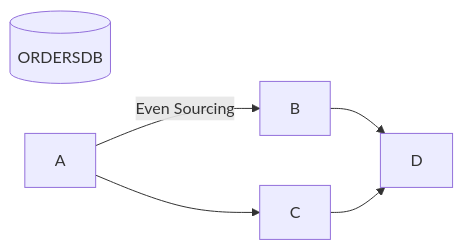
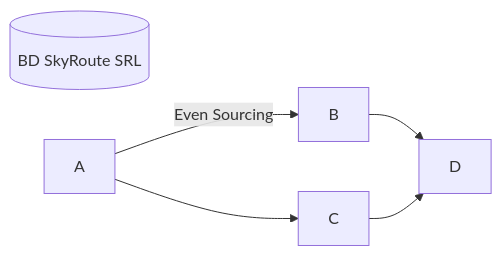
The diagram in README.MD (Juan-jcm-7/BD), drawn with Mermaid before and after one commit.

````diff
--- a/README.MD
+++ b/README.MD
@@ -1,8 +1,8 @@
 ```mermaid
 graph LR;
-  ordersDB[(ORDERSDB)]
+  ordersDB[(BD SkyRoute SRL)]
   A-->|Even Sourcing|B;
   A-->C;
   B-->D;
   C-->D;
 ```
````
